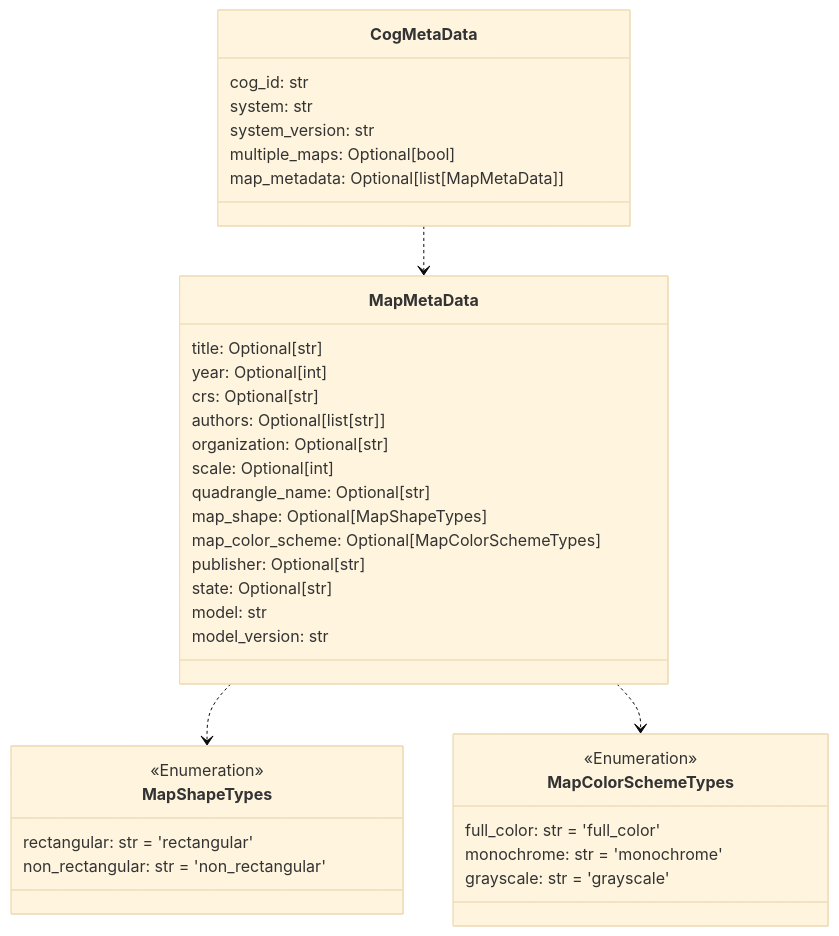
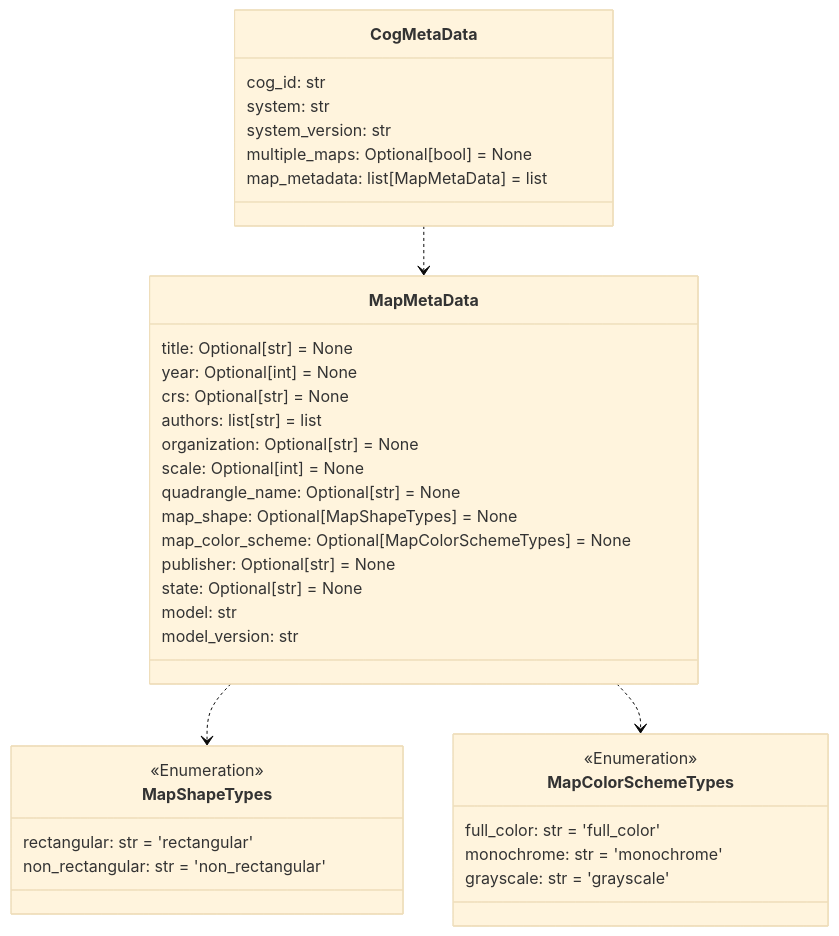
The third of 12 diagrams in README.md (DARPA-CRITICALMAAS/cdr_schemas), drawn with Mermaid (base theme) before and after one commit. The commit also changed other lines of this file and 20 other files, not shown here.

````diff
--- a/README.md
+++ b/README.md
@@ -197,46 +197,46 @@
 ```mermaid
 classDiagram
 
     class MapShapeTypes {
         <<Enumeration>>
         rectangular: str = 'rectangular'
         non_rectangular: str = 'non_rectangular'
     }
 
     class CogMetaData {
         cog_id: str
         system: str
         system_version: str
-        multiple_maps: Optional[bool]
-        map_metadata: Optional[list[MapMetaData]]
+        multiple_maps: Optional[bool] = None
+        map_metadata: list[MapMetaData] = list
+    }
+
+    class MapMetaData {
+        title: Optional[str] = None
+        year: Optional[int] = None
+        crs: Optional[str] = None
+        authors: list[str] = list
+        organization: Optional[str] = None
+        scale: Optional[int] = None
+        quadrangle_name: Optional[str] = None
+        map_shape: Optional[MapShapeTypes] = None
+        map_color_scheme: Optional[MapColorSchemeTypes] = None
+        publisher: Optional[str] = None
+        state: Optional[str] = None
+        model: str
+        model_version: str
     }
 
     class MapColorSchemeTypes {
         <<Enumeration>>
         full_color: str = 'full_color'
         monochrome: str = 'monochrome'
         grayscale: str = 'grayscale'
     }
 
-    class MapMetaData {
-        title: Optional[str]
-        year: Optional[int]
-        crs: Optional[str]
-        authors: Optional[list[str]]
-        organization: Optional[str]
-        scale: Optional[int]
-        quadrangle_name: Optional[str]
-        map_shape: Optional[MapShapeTypes]
-        map_color_scheme: Optional[MapColorSchemeTypes]
-        publisher: Optional[str]
-        state: Optional[str]
-        model: str
-        model_version: str
-    }
-
     MapMetaData ..> MapShapeTypes
     MapMetaData ..> MapColorSchemeTypes
     CogMetaData ..> MapMetaData
 
 
 ```
````
